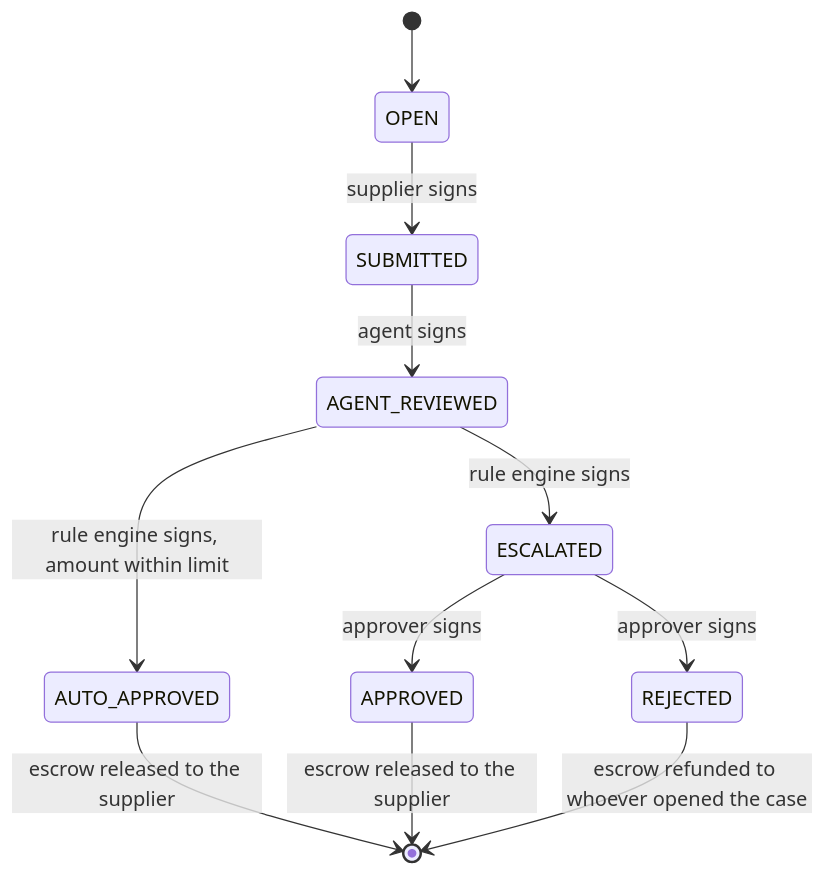
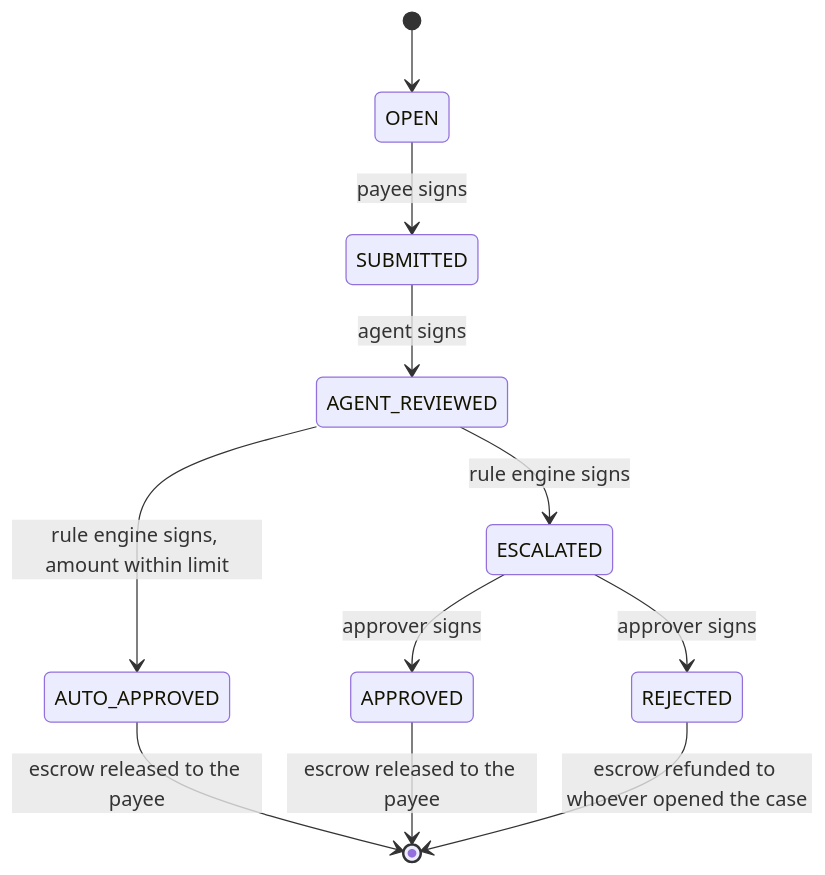
Before and after one commit to catitodev/CoorRe: the first of 2 diagrams in README.md, drawn with Mermaid. The commit also changed other lines of this file and 1 other file, not shown here.

````diff
--- a/README.md
+++ b/README.md
@@ -111,13 +111,13 @@
 ```mermaid
 stateDiagram-v2
     [*] --> OPEN
-    OPEN --> SUBMITTED: supplier signs
+    OPEN --> SUBMITTED: payee signs
     SUBMITTED --> AGENT_REVIEWED: agent signs
     AGENT_REVIEWED --> AUTO_APPROVED: rule engine signs, amount within limit
     AGENT_REVIEWED --> ESCALATED: rule engine signs
     ESCALATED --> APPROVED: approver signs
     ESCALATED --> REJECTED: approver signs
-    AUTO_APPROVED --> [*]: escrow released to the supplier
-    APPROVED --> [*]: escrow released to the supplier
+    AUTO_APPROVED --> [*]: escrow released to the payee
+    APPROVED --> [*]: escrow released to the payee
     REJECTED --> [*]: escrow refunded to whoever opened the case
 ```
````
